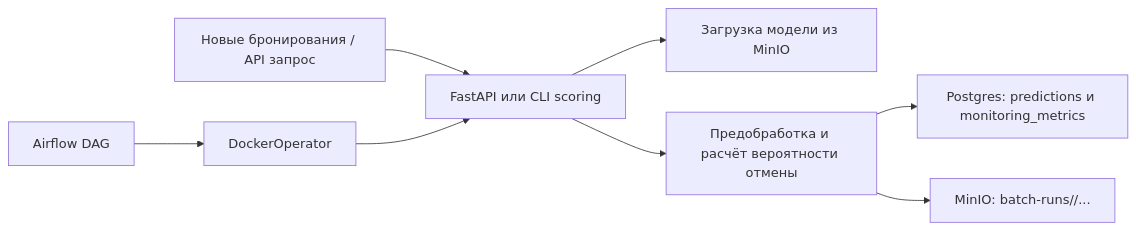
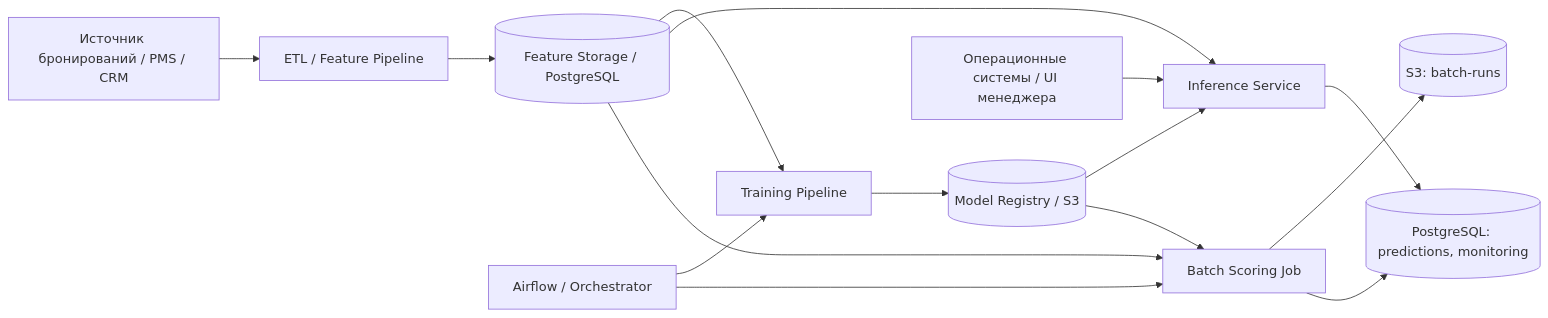
Before and after one commit to ina-ra/booking_cancellation: the second of 2 diagrams in docs/ml_system_design_doc.md, drawn with Mermaid. The commit also changed other lines of this file, not shown here.

````diff
--- a/docs/ml_system_design_doc.md
+++ b/docs/ml_system_design_doc.md
@@ -367,10 +416,17 @@
 ```mermaid
 flowchart LR
-    A["Новые бронирования / API запрос"] --> B["FastAPI или CLI scoring"]
-    B --> C["Загрузка модели из MinIO"]
-    B --> D["Предобработка и расчёт вероятности отмены"]
-    D --> E["Postgres: predictions и monitoring_metrics"]
-    D --> F["MinIO: batch-runs/<run_date>/..."]
-    G["Airflow DAG"] --> H["DockerOperator"]
-    H --> B
+    A[Источник бронирований / PMS / CRM] --> B[ETL / Feature Pipeline]
+    B --> C[(Feature Storage / PostgreSQL)]
+    C --> D[Training Pipeline]
+    D --> E[(Model Registry / S3)]
+    E --> F[Inference Service]
+    C --> F
+    G[Airflow / Orchestrator] --> D
+    G --> H[Batch Scoring Job]
+    E --> H
+    C --> H
+    H --> I[(S3: batch-runs)]
+    H --> J[(PostgreSQL: predictions, monitoring)]
+    K[Операционные системы / UI менеджера] --> F
+    F --> J
 ```
````
